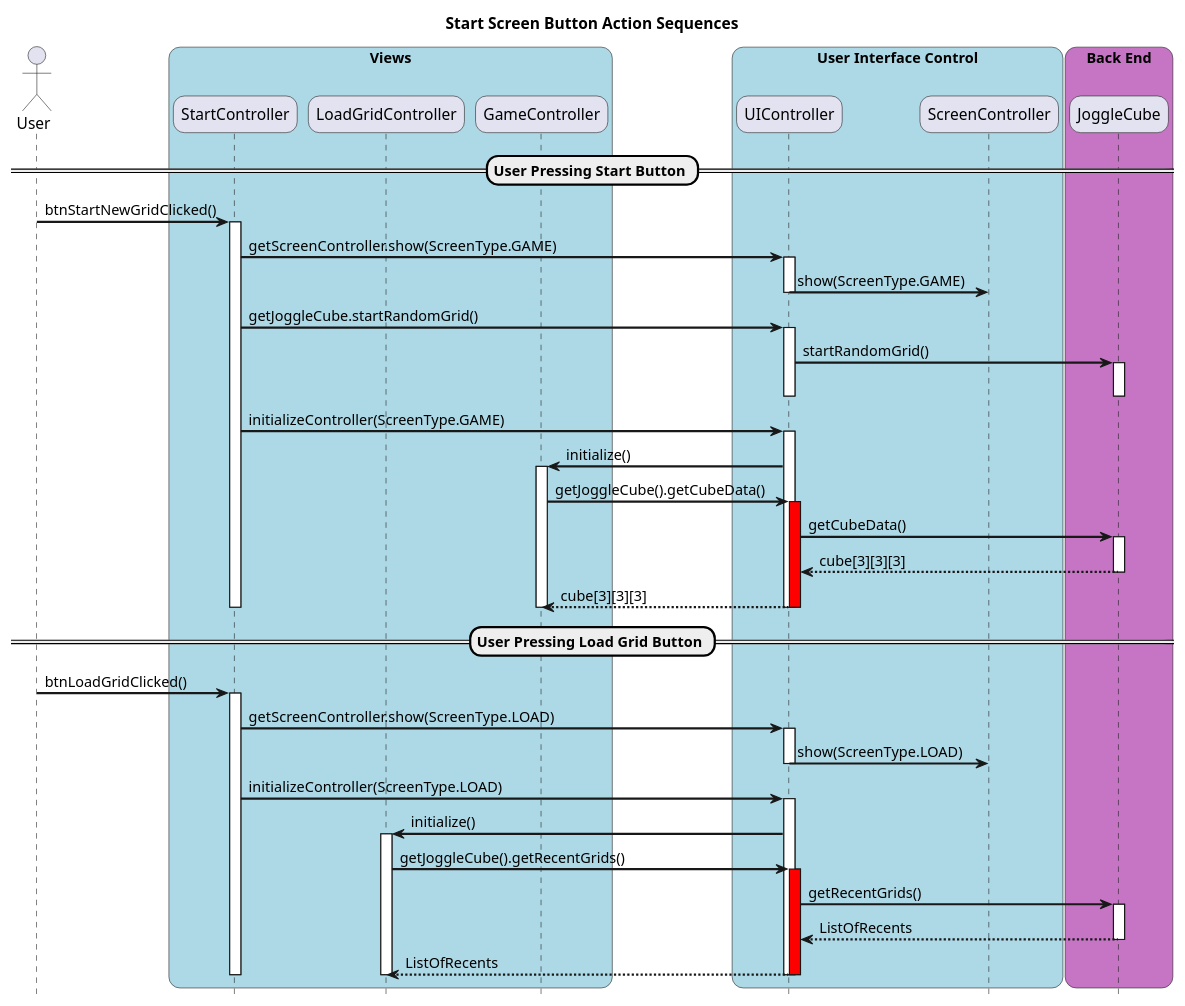
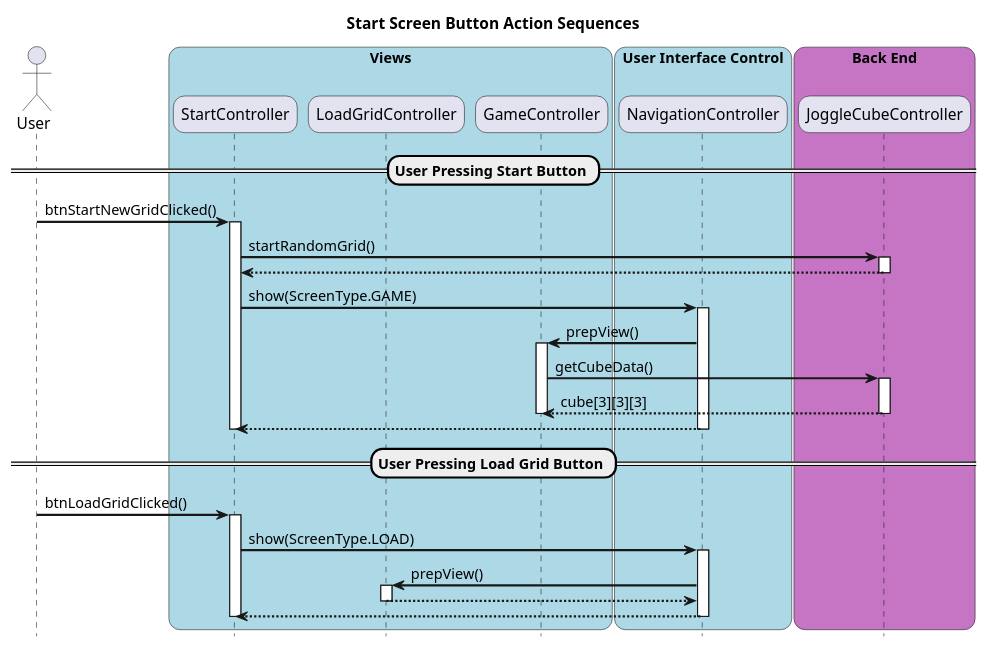
One commit to rhys3010/JoggleCube changed the diagram in docs/Sequence/StartScreen.pu. Above: the diagram before and after it, drawn with PlantUML.

Commit message:
sequence

```diff
--- a/docs/Sequence/StartScreen.pu
+++ b/docs/Sequence/StartScreen.pu
@@ -1,103 +1,69 @@
 @startuml
 hide footbox
 
 title Start Screen Button Action Sequences
 
 skinparam sequenceArrowThickness 2
 skinparam roundcorner 20
 skinparam maxmessagesize 60
 
 
 actor User
 
 box "Views" #LightBlue
 
 participant StartController
 participant LoadGridController
 participant GameController
 
 end box
 
 box "User Interface Control" #LightBlue
 
-participant UIController
-participant ScreenController
+participant NavigationController
 
 end box 
 
 
 box "Back End" #c675c5
 
-participant JoggleCube 
+participant JoggleCubeController
 
 end box
 == User Pressing Start Button ==
 
 User -> StartController : btnStartNewGridClicked()
 activate StartController
-
-StartController -> UIController : getScreenController.show(ScreenType.GAME)
-activate UIController
-UIController -> ScreenController : show(ScreenType.GAME)
-deactivate UIController
-
-StartController -> UIController : getJoggleCube.startRandomGrid()
-activate UIController
-UIController -> JoggleCube : startRandomGrid()
-activate JoggleCube
-deactivate JoggleCube
-deactivate UIController
-
-StartController -> UIController : initializeController(ScreenType.GAME)
-activate UIController
-
-UIController -> GameController : initialize()
-activate GameController
-
-GameController -> UIController : getJoggleCube().getCubeData()
-activate UIController #ff0000
-
-UIController -> JoggleCube : getCubeData()
-activate JoggleCube
-JoggleCube --> UIController : cube[3][3][3]
-deactivate JoggleCube
-
-UIController --> GameController : cube[3][3][3]
-deactivate UIController #ff0000
-deactivate GameController
-
-deactivate UIController
+    StartController -> JoggleCubeController : startRandomGrid()
+    activate JoggleCubeController
+        JoggleCubeController --> StartController
+    deactivate JoggleCubeController
+StartController -> NavigationController : show(ScreenType.GAME)
+    activate NavigationController
+        NavigationController -> GameController: prepView()
+        activate GameController
+            GameController -> JoggleCubeController : getCubeData()
+            activate JoggleCubeController
+                JoggleCubeController --> GameController : cube[3][3][3]
+            deactivate JoggleCubeController
+        deactivate GameController
+        NavigationController --> StartController
+    deactivate NavigationController
 deactivate StartController
 
 
 
 == User Pressing Load Grid Button ==
 
 User -> StartController : btnLoadGridClicked()
 activate StartController
-
-StartController -> UIController : getScreenController.show(ScreenType.LOAD)
-activate UIController
-UIController -> ScreenController : show(ScreenType.LOAD)
-deactivate UIController
-
-StartController -> UIController : initializeController(ScreenType.LOAD)
-activate UIController
-
-UIController -> LoadGridController : initialize()
-activate LoadGridController
-
-LoadGridController -> UIController : getJoggleCube().getRecentGrids()
-activate UIController #ff0000
-UIController -> JoggleCube : getRecentGrids()
-activate JoggleCube
-JoggleCube --> UIController : ListOfRecents
-deactivate JoggleCube
-UIController --> LoadGridController : ListOfRecents
-deactivate UIController #ff0000
-
-deactivate LoadGridController
-deactivate UIController
-
+    StartController -> NavigationController : show(ScreenType.LOAD)
+    activate NavigationController
+        NavigationController -> LoadGridController : prepView()
+        activate LoadGridController
+        LoadGridController --> NavigationController
+        deactivate LoadGridController
+        NavigationController --> StartController
+    deactivate NavigationController
 deactivate StartController
 @enduml
```
